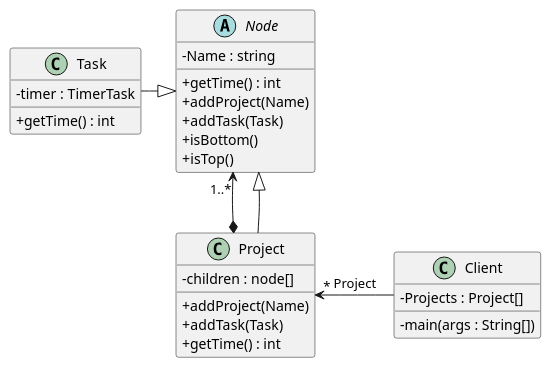
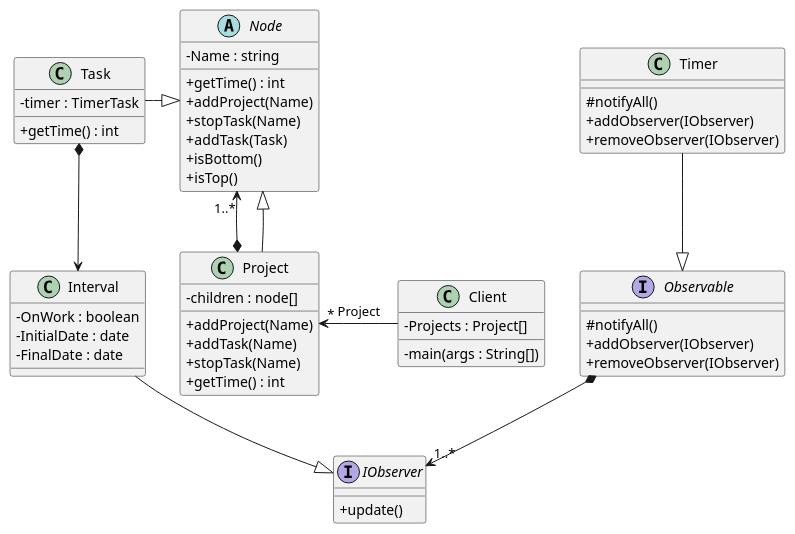
The diagram in model.puml (lluisalonsop/PracticaDS-2021-2022), drawn with PlantUML before and after one commit.

```diff
--- a/model.puml
+++ b/model.puml
@@ -1,37 +1,59 @@
 @startuml
 
 skinparam classAttributeIconSize 0
 
 class Client {
     - Projects : Project[]
     - main(args : String[])
 }
 
 Abstract Node{
     - Name : string
     + getTime() : int
     + addProject(Name)
+    +stopTask(Name)
     + addTask(Task)
     + isBottom()
     + isTop()
 }
 
 class Project {
     - children : node[]
     + addProject(Name)
-    + addTask(Task)
+    + addTask(Name)
+    + stopTask(Name)
     + getTime() : int
 }
 
 class Task {
     - timer : TimerTask
     + getTime() : int
 }
+class Interval{
+    - OnWork : boolean
+    -InitialDate : date
+    -FinalDate : date
+}
 
-
+Interface Observable{
+    #notifyAll()
+    +addObserver(IObserver)
+    +removeObserver(IObserver)
+}
+class Timer{
+    #notifyAll()
+    +addObserver(IObserver)
+    +removeObserver(IObserver)
+}
+Interface (IObserver){
+    +update()
+}
+Task *--> Interval
 Project *-up-> "1..*" Node
 Client -left-> "*" Project: Project
 Task -right-|> Node
 Project -up-|> Node
-
-@enduml 
+Timer --|> Observable
+Interval --|> IObserver
+Observable *--> "1..*" IObserver
+@enduml
```
